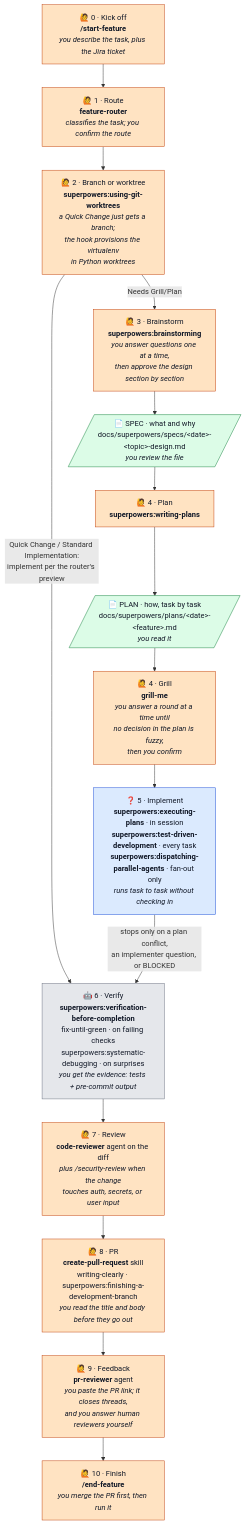
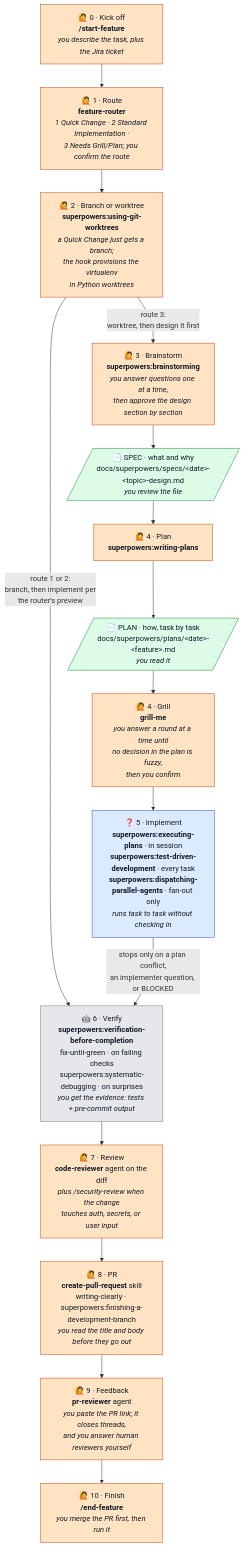
Before and after one commit to bertini36/dotfiles: the diagram in README.md, drawn with Mermaid. The commit also changed other lines of this file and 1 other file, not shown here.

Commit message:
docs: correct the workflow docs the refactor left behind
The rule list said four and listed five. The pipeline diagram hung the
route labels off the branch step instead of Route, which reads as if the
worktree choice picks the path. The skill table still advertised
ddd-patterns, a skill that has not existed under that name for months,
and sorted three rows out of order.

Claude-Session: https://claude.ai/code/session_0198LLuFiYJ2cZ58FHQM13s5

````diff
--- a/README.md
+++ b/README.md
@@ -165,35 +165,35 @@
 ```mermaid
 flowchart TD
     K["🙋 0 · Kick off<br><b>/start-feature</b><br><i>you describe the task, plus the Jira ticket</i>"]
-    RT["🙋 1 · Route<br><b>feature-router</b><br><i>classifies the task; you confirm the route</i>"]
+    RT["🙋 1 · Route<br><b>feature-router</b><br><i>1 Quick Change · 2 Standard Implementation ·<br>3 Needs Grill/Plan; you confirm the route</i>"]
     W["🙋 2 · Branch or worktree<br><b>superpowers:using-git-worktrees</b><br><i>a Quick Change just gets a branch;<br>the hook provisions the virtualenv<br>in Python worktrees</i>"]
     B["🙋 3 · Brainstorm<br><b>superpowers:brainstorming</b><br><i>you answer questions one at a time,<br>then approve the design section by section</i>"]
     SPEC[/"📄 SPEC · what and why<br>docs/superpowers/specs/&lt;date&gt;-&lt;topic&gt;-design.md<br><i>you review the file</i>"/]
     P["🙋 4 · Plan<br><b>superpowers:writing-plans</b>"]
     PLAN[/"📄 PLAN · how, task by task<br>docs/superpowers/plans/&lt;date&gt;-&lt;feature&gt;.md<br><i>you read it</i>"/]
     G["🙋 4 · Grill<br><b>grill-me</b><br><i>you answer a round at a time until<br>no decision in the plan is fuzzy,<br>then you confirm</i>"]
     I["❓ 5 · Implement<br><b>superpowers:executing-plans</b> · in session<br><b>superpowers:test-driven-development</b> · every task<br><b>superpowers:dispatching-parallel-agents</b> · fan-out only<br><i>runs task to task without checking in</i>"]
     Y["🤖 6 · Verify<br><b>superpowers:verification-before-completion</b><br>fix-until-green · on failing checks<br>superpowers:systematic-debugging · on surprises<br><i>you get the evidence: tests + pre-commit output</i>"]
     R["🙋 7 · Review<br><b>code-reviewer</b> agent on the diff<br><i>plus /security-review when the change<br>touches auth, secrets, or user input</i>"]
     PR["🙋 8 · PR<br><b>create-pull-request</b> skill<br>writing-clearly · superpowers:finishing-a-development-branch<br><i>you read the title and body before they go out</i>"]
     F["🙋 9 · Feedback<br><b>pr-reviewer</b> agent<br><i>you paste the PR link; it closes threads,<br>and you answer human reviewers yourself</i>"]
     Z["🙋 10 · Finish<br><b>/end-feature</b><br><i>you merge the PR first, then run it</i>"]
 
     K --> RT --> W
-    W -- "Quick Change / Standard Implementation:<br>implement per the router's preview" --> Y
-    W -- "Needs Grill/Plan" --> B
+    W -- "route 1 or 2:<br>branch, then implement per<br>the router's preview" --> Y
+    W -- "route 3:<br>worktree, then design it first" --> B
     B --> SPEC --> P
     P --> PLAN --> G
     G --> I
     I -- "stops only on a plan conflict,<br>an implementer question, or BLOCKED" --> Y
     Y --> R --> PR --> F --> Z
 
     classDef you fill:#FFE3C2,stroke:#C2410C,color:#111827
     classDef auto fill:#E5E7EB,stroke:#6B7280,color:#111827
     classDef ask fill:#DBEAFE,stroke:#1D4ED8,color:#111827
     classDef doc fill:#DCFCE7,stroke:#15803D,color:#111827
     class K,RT,W,B,P,G,R,PR,F,Z you
     class Y auto
     class I ask
     class SPEC,PLAN doc
 ```
````
